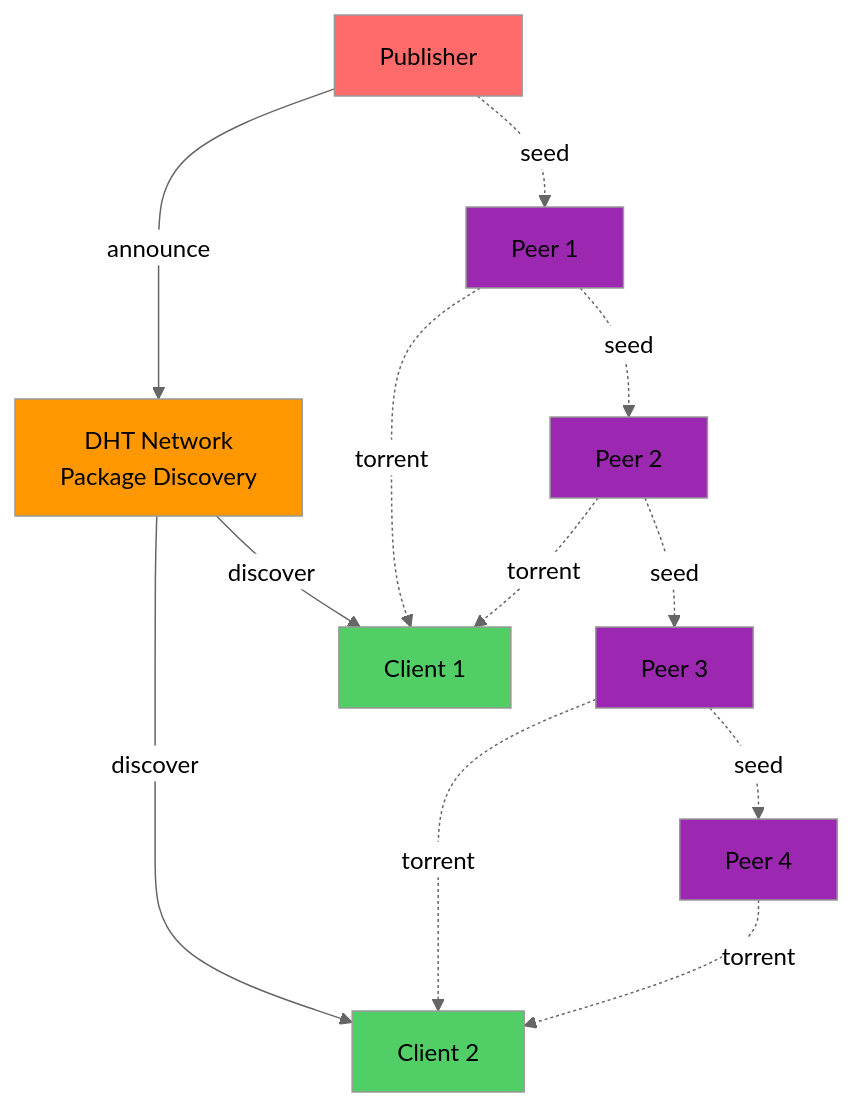
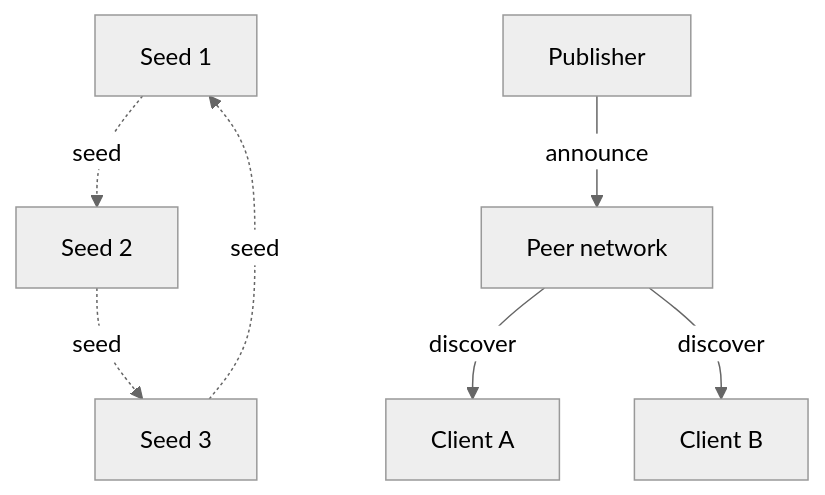
One commit to kiskolabs/pray changed the third of 4 diagrams in docs/distribution-architecture.md. Above: the diagram before and after it, drawn with Mermaid (neutral theme). The commit also changed other lines of this file and 5 other files, not shown here.

````diff
--- a/docs/distribution-architecture.md
+++ b/docs/distribution-architecture.md
@@ -89,37 +63,18 @@
 ```mermaid
 graph TD
-    DHT[DHT Network<br/>Package Discovery]
-    
-    Peer1[Peer 1]
-    Peer2[Peer 2]
-    Peer3[Peer 3]
-    Peer4[Peer 4]
-    
-    Client1[Client 1]
-    Client2[Client 2]
-    
+    Network[Peer network]
+    Seed1[Seed 1]
+    Seed2[Seed 2]
+    Seed3[Seed 3]
+    Client1[Client A]
+    Client2[Client B]
     Publisher[Publisher]
-    
-    Publisher -->|announce| DHT
-    DHT -->|discover| Client1
-    DHT -->|discover| Client2
-    
-    Publisher -.->|seed| Peer1
-    Peer1 -.->|seed| Peer2
-    Peer2 -.->|seed| Peer3
-    Peer3 -.->|seed| Peer4
-    
-    Peer1 -.->|torrent| Client1
-    Peer2 -.->|torrent| Client1
-    Peer3 -.->|torrent| Client2
-    Peer4 -.->|torrent| Client2
-    
-    style DHT fill:#ff9800
-    style Publisher fill:#ff6b6b
-    style Peer1 fill:#9c27b0
-    style Peer2 fill:#9c27b0
-    style Peer3 fill:#9c27b0
-    style Peer4 fill:#9c27b0
-    style Client1 fill:#51cf66
-    style Client2 fill:#51cf66
+
+    Publisher -->|announce| Network
+    Network -->|discover| Client1
+    Network -->|discover| Client2
+
+    Seed1 -.->|seed| Seed2
+    Seed2 -.->|seed| Seed3
+    Seed3 -.->|seed| Seed1
 ```
````
